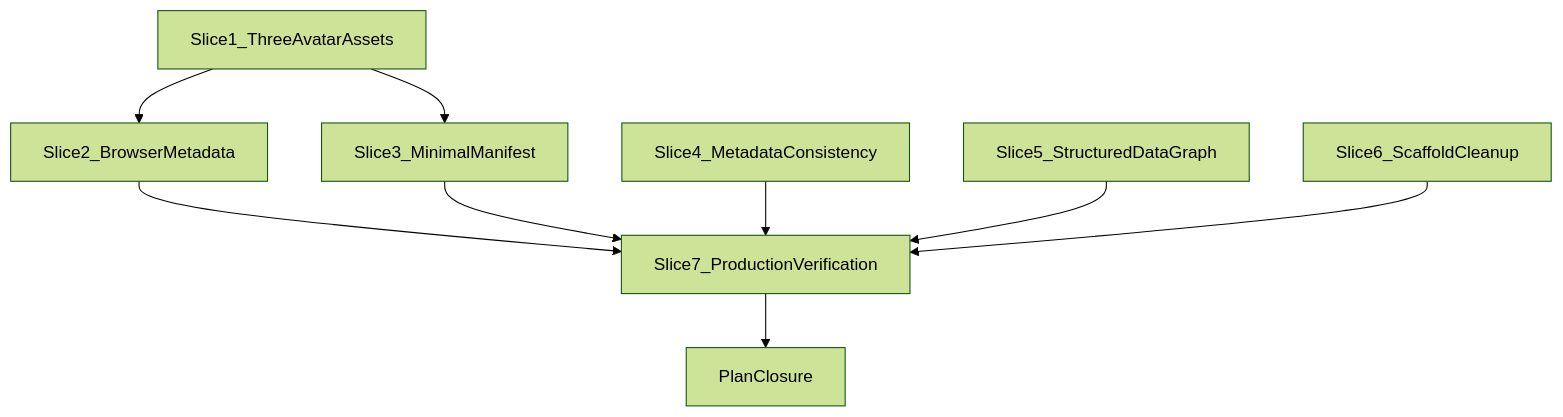
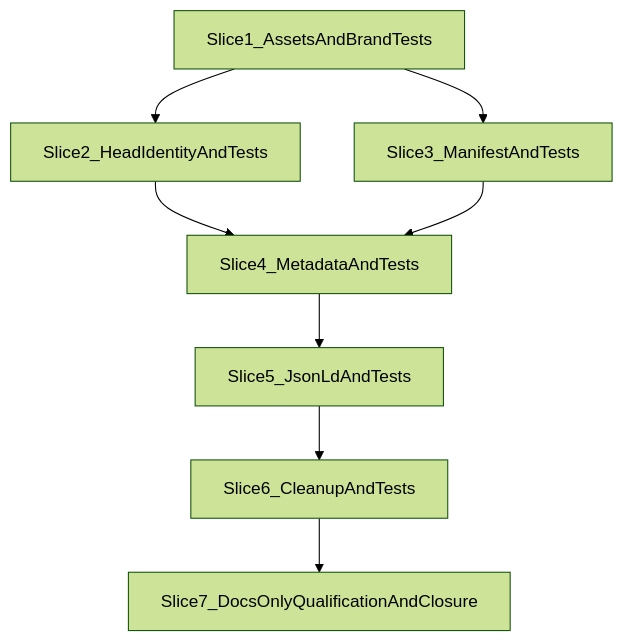
One commit to mastermichaelt/portfolio changed the diagram in .cursor/plans/web-identity-metadata.plan.md. Above: the diagram before and after it, drawn with Mermaid (forest theme). The commit also changed other lines of this file, not shown here.

First line of the commit message:
Distribute web-identity tests across slices 1–6; make Slice 7 docs-only.

````diff
--- a/.cursor/plans/web-identity-metadata.plan.md
+++ b/.cursor/plans/web-identity-metadata.plan.md
@@ -117,20 +133,18 @@
 ```mermaid
 flowchart TD
-  s1[Slice1_ThreeAvatarAssets]
-  s2[Slice2_BrowserMetadata]
-  s3[Slice3_MinimalManifest]
-  s4[Slice4_MetadataConsistency]
-  s5[Slice5_StructuredDataGraph]
-  s6[Slice6_ScaffoldCleanup]
-  s7[Slice7_ProductionVerification]
-  pc[PlanClosure]
+  s1[Slice1_AssetsAndBrandTests]
+  s2[Slice2_HeadIdentityAndTests]
+  s3[Slice3_ManifestAndTests]
+  s4[Slice4_MetadataAndTests]
+  s5[Slice5_JsonLdAndTests]
+  s6[Slice6_CleanupAndTests]
+  s7[Slice7_DocsOnlyQualificationAndClosure]
 
   s1 --> s2
   s1 --> s3
-  s2 --> s7
-  s3 --> s7
-  s4 --> s7
-  s5 --> s7
+  s2 --> s4
+  s3 --> s4
+  s4 --> s5
+  s5 --> s6
   s6 --> s7
-  s7 --> pc
 ```
````
